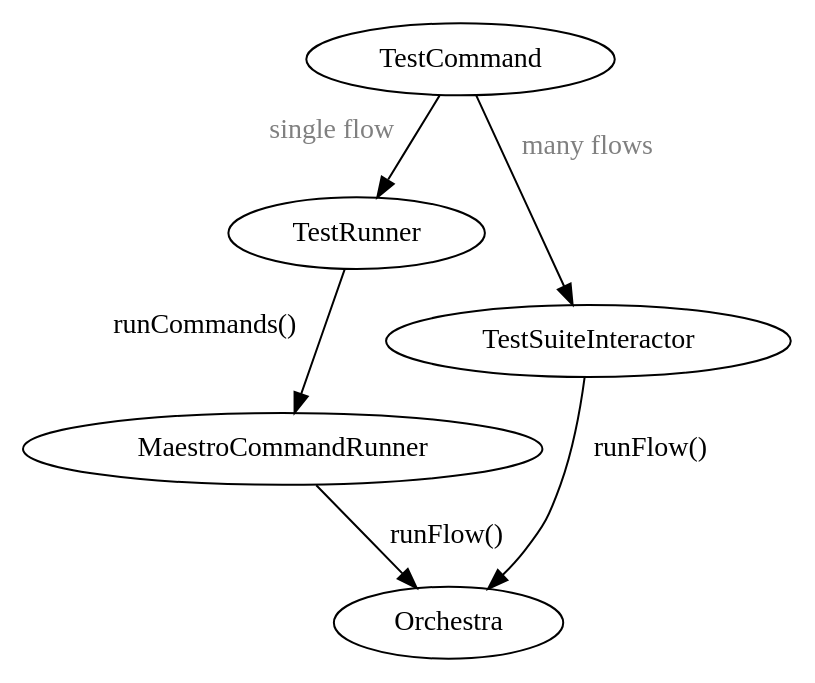
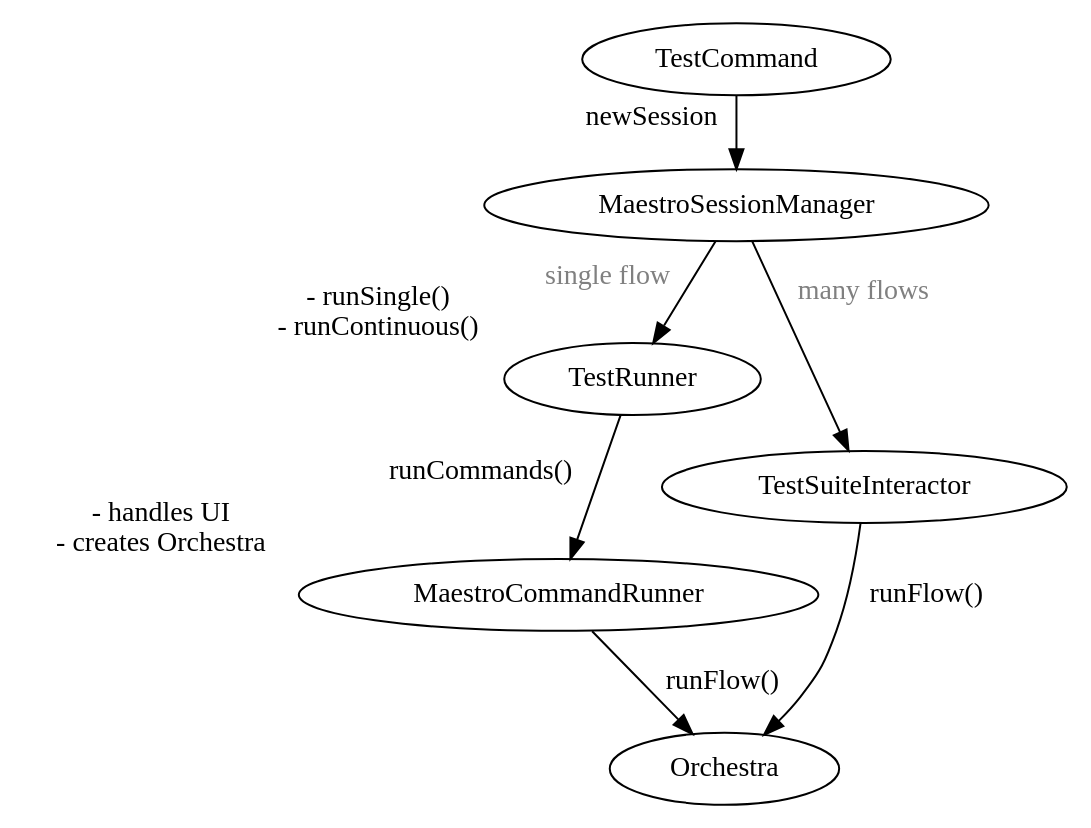
One commit to bartekpacia/random changed the diagram in graphviz/graph_maestro.dot. Above: the diagram before and after it, drawn with Graphviz. The commit also changed 4 other files, not shown here.

```diff
--- a/graphviz/graph_maestro.dot
+++ b/graphviz/graph_maestro.dot
@@ -1,10 +1,15 @@
 digraph {
     TestCommand;
     
-    TestCommand -> TestRunner [xlabel = "single flow"; fontcolor = grey;];
+    TestCommand -> MaestroSessionManager [xlabel = "newSession";];
+    
+    MaestroSessionManager -> TestRunner [xlabel = "single flow"; fontcolor = grey;];
     TestRunner -> MaestroCommandRunner [xlabel = "runCommands()";];
     MaestroCommandRunner -> Orchestra [label = "runFlow()";];
     
-    TestCommand -> TestSuiteInteractor [label = "many flows"; fontcolor = grey;];
+    TestRunner [xlabel = "- runSingle()\n- runContinuous()";];
+    MaestroCommandRunner [xlabel = "- handles UI\n- creates Orchestra";];
+    
+    MaestroSessionManager -> TestSuiteInteractor [label = "many flows"; fontcolor = grey;];
     TestSuiteInteractor -> Orchestra [label = "runFlow()"; tooltip = "This edge connects node A to node B";];
 }
```
